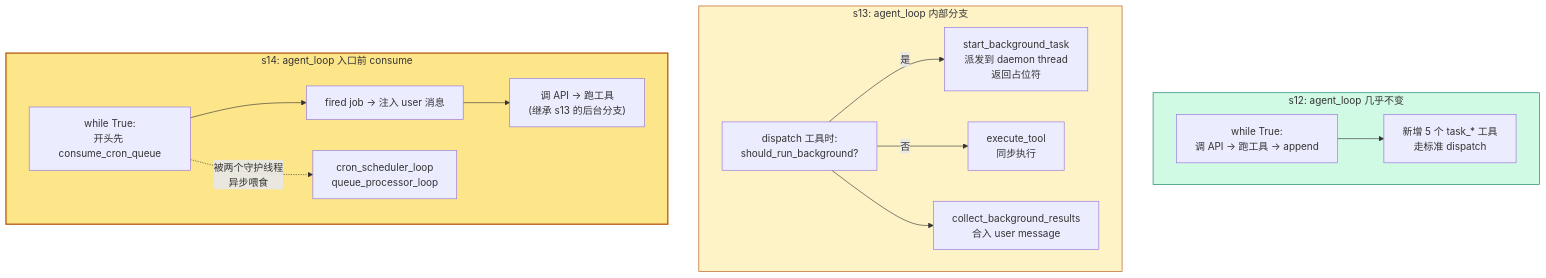
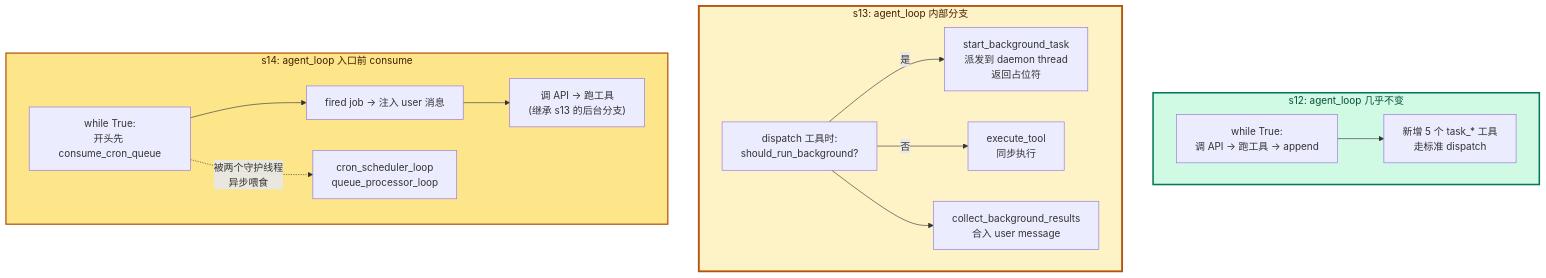
One commit to PyrePuin/From-Zero-LLM-Agent-Infra-Notes changed the second of 3 diagrams in Agent/Harness/Claude Code/Phase 4 - 长时间任务/00 - 综合总结.md. Above: the diagram before and after it, drawn with Mermaid. The commit also changed other lines of this file and 23 other files, not shown here.

First line of the commit message:
refactor(mermaid): 统一所有图的视觉规范

````diff
--- a/Agent/Harness/Claude Code/Phase 4 - 长时间任务/00 - 综合总结.md
+++ b/Agent/Harness/Claude Code/Phase 4 - 长时间任务/00 - 综合总结.md
@@ -117,24 +118,25 @@
 ```mermaid
+%%{init: {'themeVariables': {'fontSize': '16px', 'fontFamily': 'ui-sans-serif, system-ui, -apple-system, "Segoe UI", Roboto, sans-serif'}}}%%
 flowchart TB
     subgraph S12["s12: agent_loop 几乎不变"]
         A12["while True:<br/>调 API → 跑工具 → append"]
         T12["新增 5 个 task_* 工具<br/>走标准 dispatch"]
         A12 --> T12
     end
     subgraph S13["s13: agent_loop 内部分支"]
         A13["dispatch 工具时:<br/>should_run_background?"]
         A13 -->|"是"| BG["start_background_task<br/>派发到 daemon thread<br/>返回占位符"]
         A13 -->|"否"| SY["execute_tool<br/>同步执行"]
         A13 --> Inject["collect_background_results<br/>合入 user message"]
     end
     subgraph S14["s14: agent_loop 入口前 consume"]
         A14["while True:<br/>开头先 consume_cron_queue"]
         A14 --> Inj["fired job → 注入 user 消息"]
         Inj --> Normal["调 API → 跑工具<br/>(继承 s13 的后台分支)"]
         A14 -.->|"被两个守护线程<br/>异步喂食"| Driven["cron_scheduler_loop<br/>queue_processor_loop"]
     end
 
-    style S12 fill:#d1fae5,stroke:#047857
-    style S13 fill:#fef3c7,stroke:#b45309
-    style S14 fill:#fde68a,stroke:#b45309,stroke-width:2px
+    style S12 fill:#d1fae5,stroke:#047857,stroke-width:2.5px,color:#064e3b
+    style S13 fill:#fef3c7,stroke:#b45309,stroke-width:3px,color:#451a03
+    style S14 fill:#fde68a,stroke:#b45309,stroke-width:2px,color:#451a03
 ```
````
